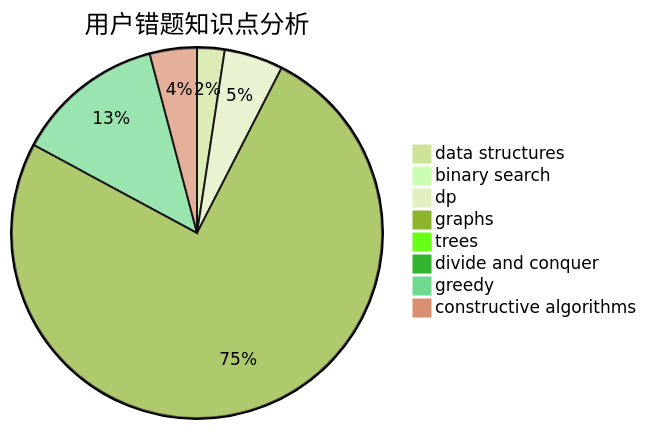
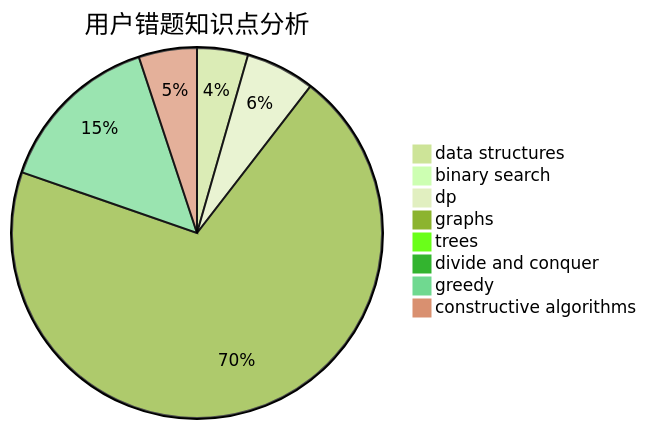
The third of 3 diagrams in docs/user/u752.md (sherpahu/cfrs.github.io), drawn with Mermaid (forest theme) before and after one commit. The commit also changed other lines of this file and 2770 other files, not shown here.

````diff
--- a/docs/user/u752.md
+++ b/docs/user/u752.md
@@ -36,11 +36,11 @@
 ```mermaid
 pie title 用户错题知识点分析
-    "data structures" :  7
+    "data structures" :  14
     "binary search" :  0
-    "dp" :  15
+    "dp" :  19
     "graphs" :  220
     "trees" :  0
     "divide and conquer" :  0
-    "greedy" :  38
-    "constructive algorithms" :  12
+    "greedy" :  46
+    "constructive algorithms" :  16
 ```
````
